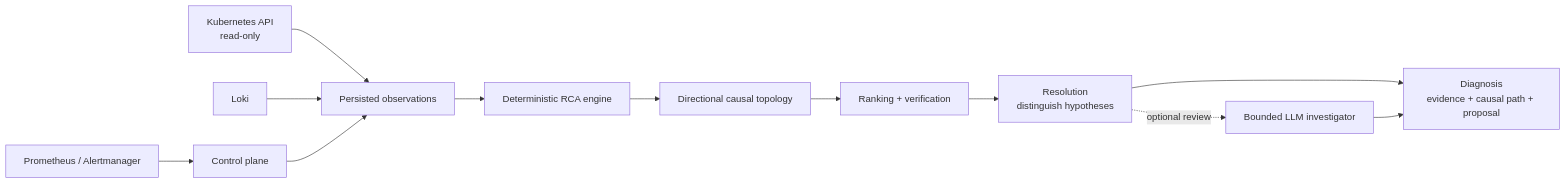
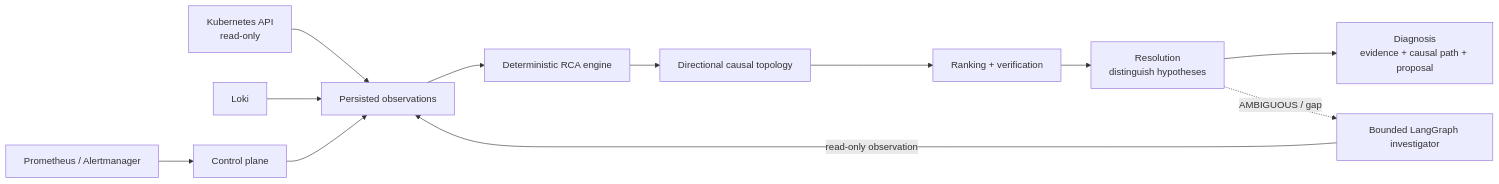
One commit to negativexq/agentic-sre changed the diagram in README.md. Above: the diagram before and after it, drawn with Mermaid. The commit also changed other lines of this file and 3 other files, not shown here.

````diff
--- a/README.md
+++ b/README.md
@@ -84,14 +88,14 @@
 ```mermaid
 flowchart LR
   K8s[Kubernetes API<br/>read-only] --> O[Persisted observations]
   Loki[Loki] --> O
   AM[Prometheus / Alertmanager] --> CP[Control plane]
   CP --> O
   O --> E[Deterministic RCA engine]
   E --> T[Directional causal topology]
   T --> R[Ranking + verification]
   R --> X[Resolution<br/>distinguish hypotheses]
-  X -. optional review .-> L[Bounded LLM investigator]
   X --> D[Diagnosis<br/>evidence + causal path + proposal]
-  L --> D
+  X -. AMBIGUOUS / gap .-> L[Bounded LangGraph investigator]
+  L -->|read-only observation| O
 ```
````
